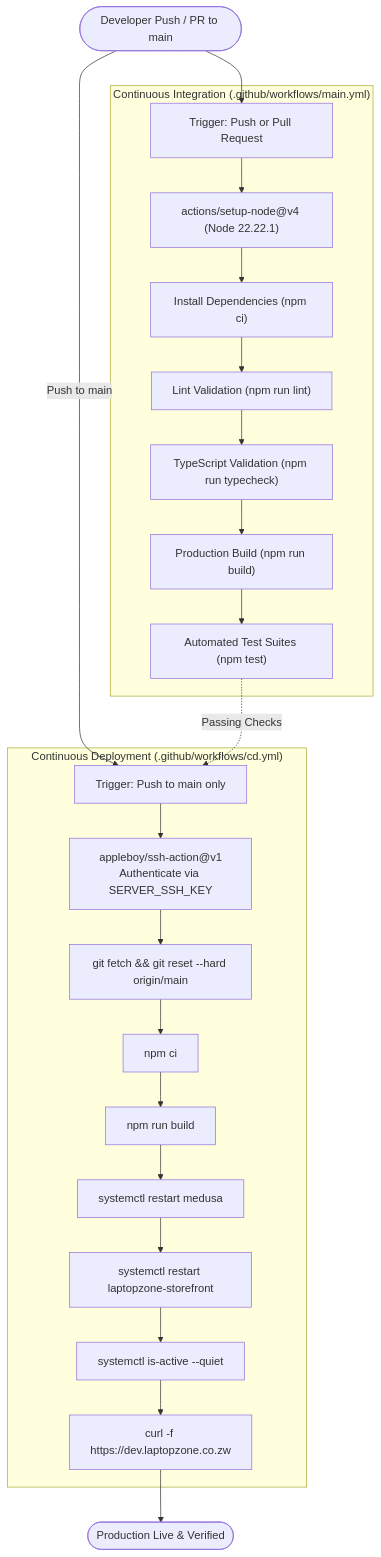
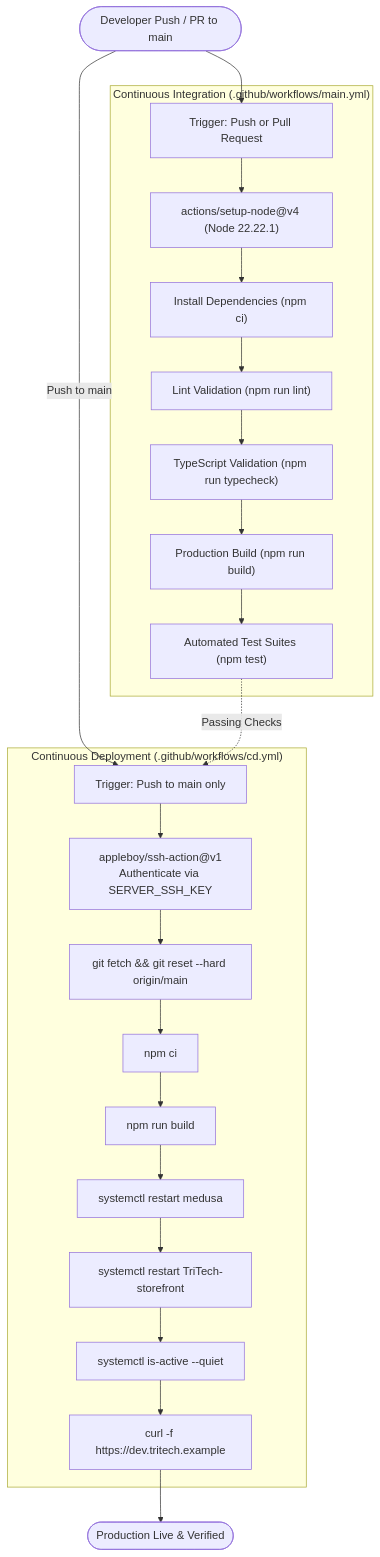
The diagram in docs/ci-cd/pipelines.md (dzapengagodwin/TriSolar), drawn with Mermaid before and after one commit. The commit also changed other lines of this file and 137 other files, not shown here.

Commit message:
Merge branch 'main' of https://github.com/dzapengagodwin/TriSolar into feat/tritech-hybrid-storefront

````diff
--- a/docs/ci-cd/pipelines.md
+++ b/docs/ci-cd/pipelines.md
@@ -11,48 +11,48 @@
 ```mermaid
 flowchart TD
     Developer([Developer Push / PR to main])
 
     subgraph CI["Continuous Integration (.github/workflows/main.yml)"]
         TriggerCI["Trigger: Push or Pull Request"]
         SetupNode["actions/setup-node@v4 (Node 22.22.1)"]
         InstallDeps["Install Dependencies (npm ci)"]
         LintStep["Lint Validation (npm run lint)"]
         TypecheckStep["TypeScript Validation (npm run typecheck)"]
         BuildStep["Production Build (npm run build)"]
         TestStep["Automated Test Suites (npm test)"]
     end
 
     subgraph CD["Continuous Deployment (.github/workflows/cd.yml)"]
         TriggerCD["Trigger: Push to main only"]
         SSHAction["appleboy/ssh-action@v1\nAuthenticate via SERVER_SSH_KEY"]
         RemoteGit["git fetch && git reset --hard origin/main"]
         RemoteInstall["npm ci"]
         RemoteBuild["npm run build"]
         RestartMedusa["systemctl restart medusa"]
-        RestartStorefront["systemctl restart laptopzone-storefront"]
+        RestartStorefront["systemctl restart TriTech-storefront"]
         VerifyServices["systemctl is-active --quiet"]
-        HealthCheck["curl -f https://dev.laptopzone.co.zw"]
+        HealthCheck["curl -f https://dev.tritech.example"]
     end
 
     Production([Production Live & Verified])
 
     Developer --> TriggerCI
     TriggerCI --> SetupNode
     SetupNode --> InstallDeps
     InstallDeps --> LintStep
     LintStep --> TypecheckStep
     TypecheckStep --> BuildStep
     BuildStep --> TestStep
 
     Developer -->|Push to main| TriggerCD
     TestStep -.->|Passing Checks| TriggerCD
     TriggerCD --> SSHAction
     SSHAction --> RemoteGit
     RemoteGit --> RemoteInstall
     RemoteInstall --> RemoteBuild
     RemoteBuild --> RestartMedusa
     RestartMedusa --> RestartStorefront
     RestartStorefront --> VerifyServices
     VerifyServices --> HealthCheck
     HealthCheck --> Production
 ```
````
